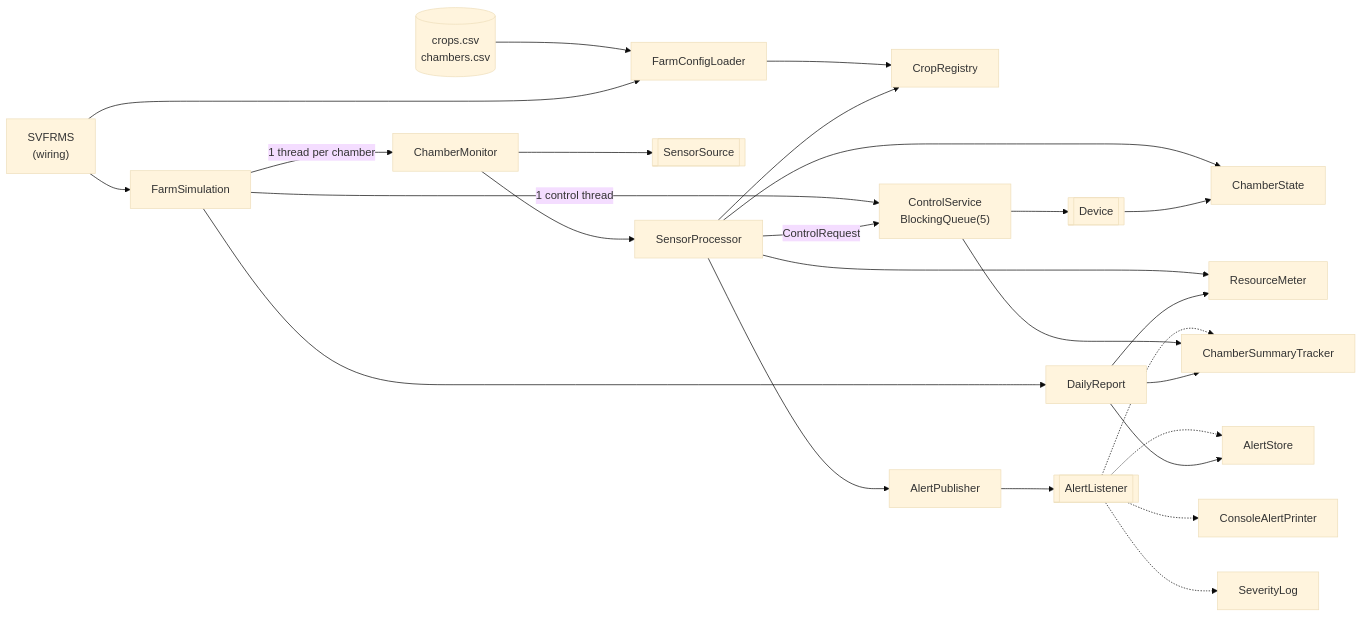
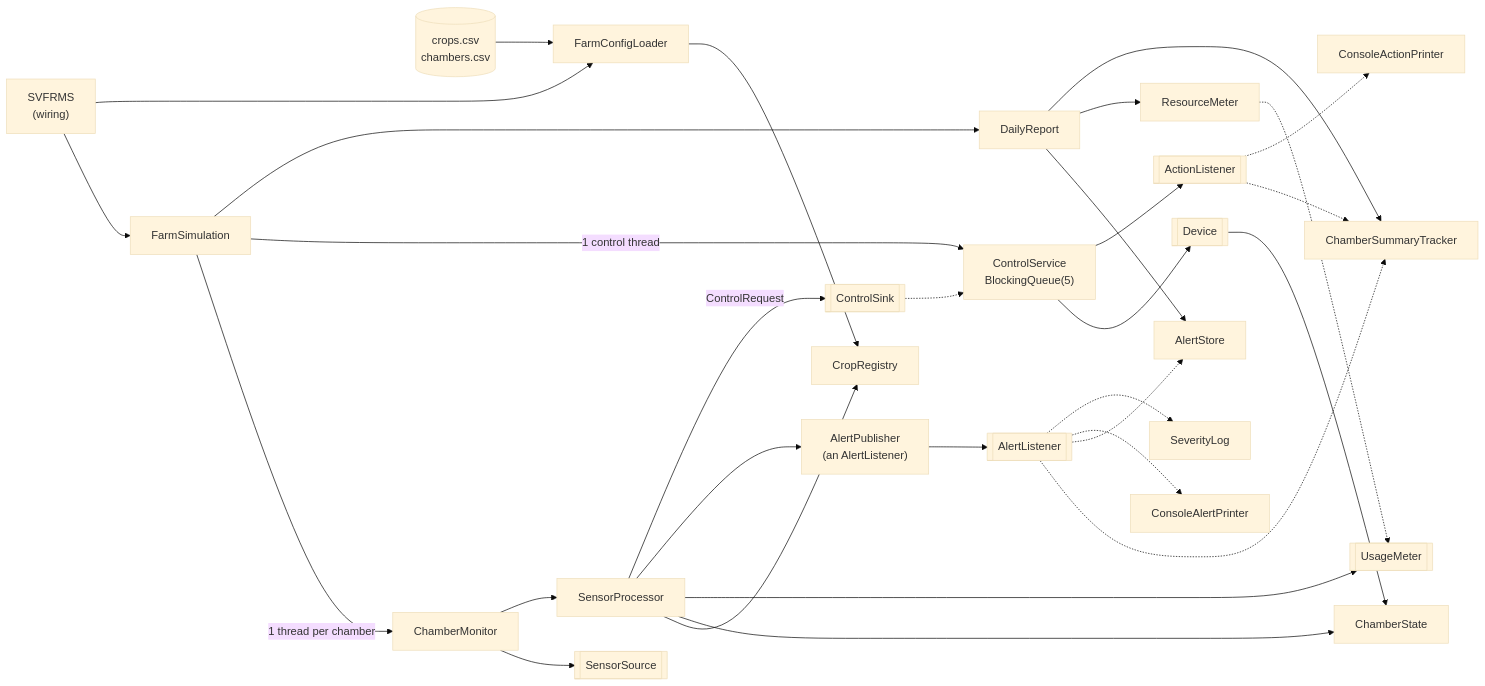
One commit to ansonpoh/SE301_Project changed the first of 2 diagrams in README.md. Above: the diagram before and after it, drawn with Mermaid (base theme). The commit also changed other lines of this file and 37 other files, not shown here.

Commit message:
Add Ventilation/Shade devices, fix Heating Unit, decouple control and reporting via listener interfaces, harden crop config, save sensor log, add demo sensor failures, update docs

````diff
--- a/README.md
+++ b/README.md
@@ -176,28 +177,32 @@
 ```mermaid
 flowchart LR
     CSV[("crops.csv<br/>chambers.csv")] --> CFG[FarmConfigLoader]
     MAIN["SVFRMS<br/>(wiring)"] --> SIM[FarmSimulation]
     MAIN --> CFG
     CFG --> REG[CropRegistry]
     SIM -->|"1 thread per chamber"| MON[ChamberMonitor]
     SIM -->|"1 control thread"| CTRL["ControlService<br/>BlockingQueue(5)"]
     SIM --> RPT[DailyReport]
     MON --> SRC[["SensorSource"]]
     MON --> PROC[SensorProcessor]
     PROC --> REG
     PROC --> STATE[ChamberState]
-    PROC --> METER[ResourceMeter]
-    PROC --> PUB[AlertPublisher]
-    PROC -->|ControlRequest| CTRL
+    PROC --> METER[["UsageMeter"]]
+    PROC --> PUB["AlertPublisher<br/>(an AlertListener)"]
+    PROC -->|ControlRequest| SINK[["ControlSink"]]
+    SINK -.-> CTRL
     PUB --> L[["AlertListener"]]
     L -.-> TRK[ChamberSummaryTracker]
     L -.-> STORE[AlertStore]
     L -.-> PRN[ConsoleAlertPrinter]
     L -.-> SEV[SeverityLog]
     CTRL --> DEV[["Device"]]
     DEV --> STATE
-    CTRL --> TRK
+    CTRL --> AL[["ActionListener"]]
+    AL -.-> TRK
+    AL -.-> APRN[ConsoleActionPrinter]
     RPT --> STORE
-    RPT --> METER
+    RPT --> RM[ResourceMeter]
+    RM -.-> METER
     RPT --> TRK
 ```
````
